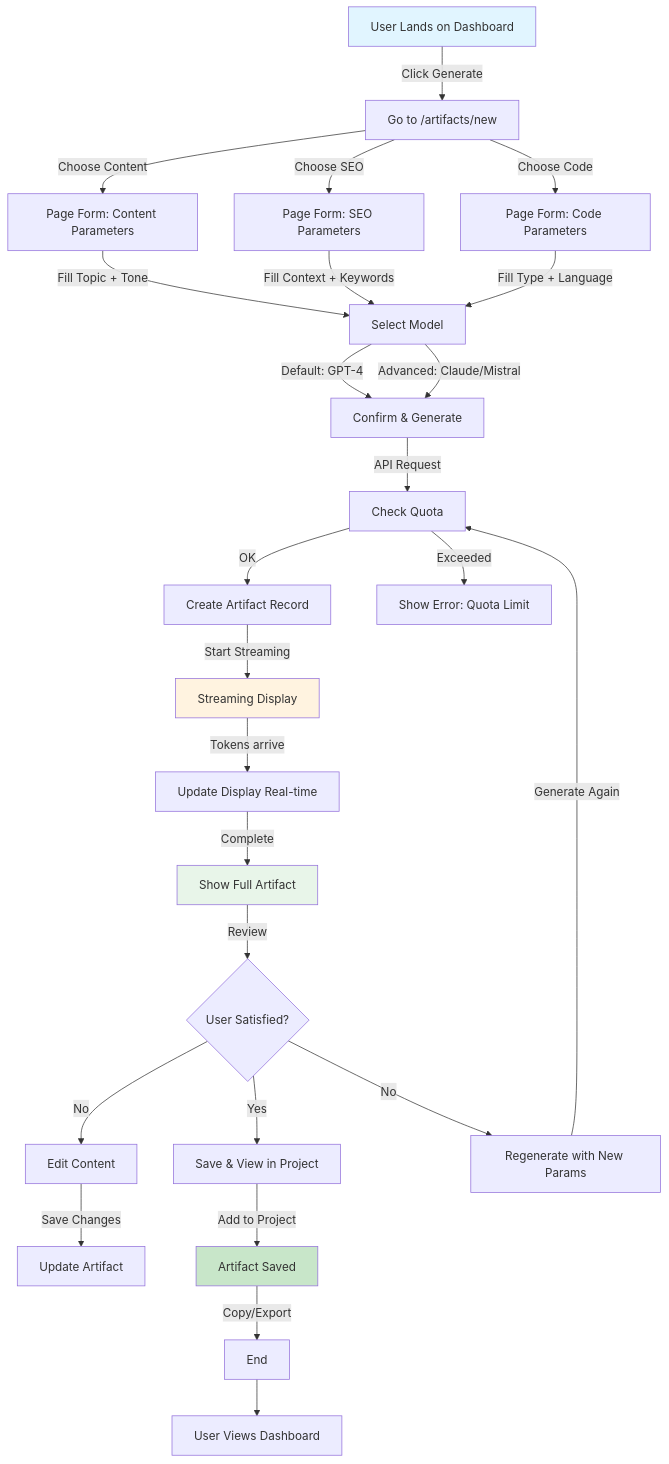
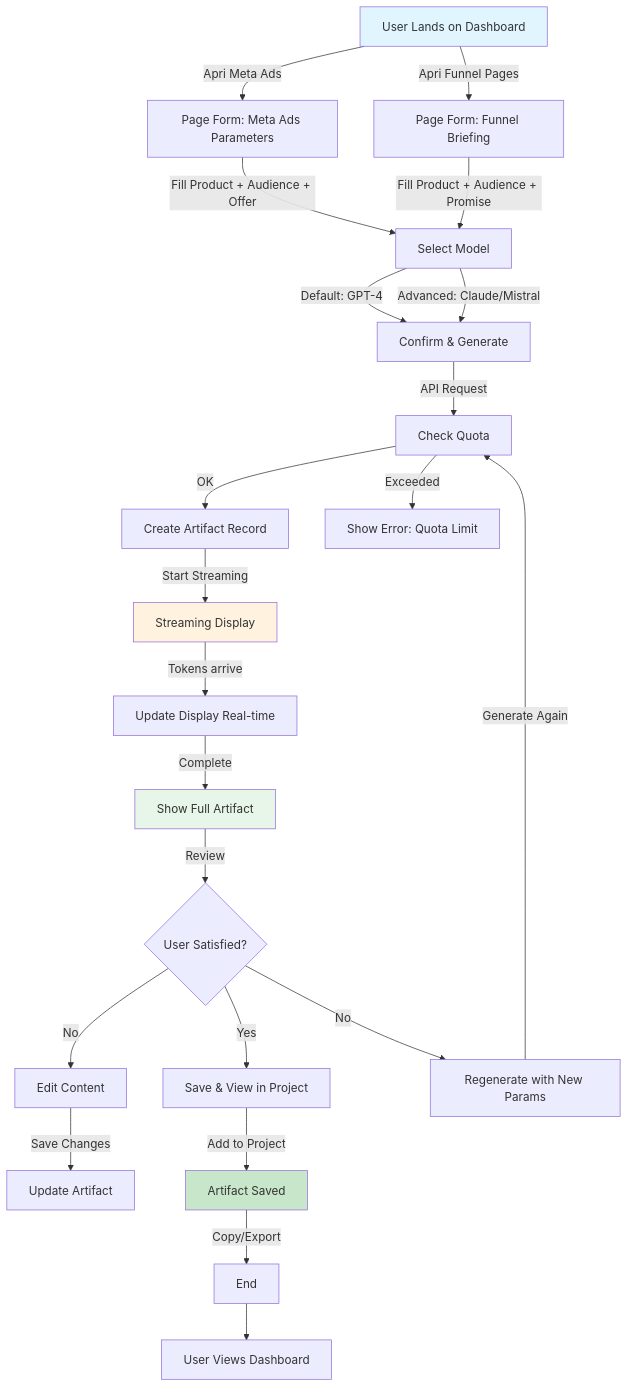
Before and after one commit to federicogerardi/gen-app: the fourth of 12 diagrams in docs/architecture-diagrams.md, drawn with Mermaid. The commit also changed other lines of this file and 6 other files, not shown here.

Commit message:
docs: allinea documentazione a tool modulari e prompt architecture

````diff
--- a/docs/architecture-diagrams.md
+++ b/docs/architecture-diagrams.md
@@ -208,39 +210,36 @@
 ```mermaid
 graph TD
-    A["User Lands on Dashboard"] -->|Click Generate| B["Go to /artifacts/new"]
-    B -->|Choose Content| C["Page Form: Content Parameters"]
-    B -->|Choose SEO| D["Page Form: SEO Parameters"]
-    B -->|Choose Code| E["Page Form: Code Parameters"]
-    
-    C -->|Fill Topic + Tone| F["Select Model"]
-    D -->|Fill Context + Keywords| F
-    E -->|Fill Type + Language| F
+    A["User Lands on Dashboard"] -->|Apri Meta Ads| C["Page Form: Meta Ads Parameters"]
+    A -->|Apri Funnel Pages| D["Page Form: Funnel Briefing"]
+
+    C -->|Fill Product + Audience + Offer| F["Select Model"]
+    D -->|Fill Product + Audience + Promise| F
     
     F -->|Default: GPT-4| G["Confirm & Generate"]
     F -->|Advanced: Claude/Mistral| G
     
     G -->|API Request| H["Check Quota"]
     H -->|OK| I["Create Artifact Record"]
     H -->|Exceeded| J["Show Error: Quota Limit"]
     
     I -->|Start Streaming| K["Streaming Display"]
     K -->|Tokens arrive| L["Update Display Real-time"]
     L -->|Complete| M["Show Full Artifact"]
     
     M -->|Review| N{User Satisfied?}
     N -->|Yes| O["Save & View in Project"]
     N -->|No| P["Edit Content"]
     N -->|No| Q["Regenerate with New Params"]
     
     P -->|Save Changes| R["Update Artifact"]
     Q -->|Generate Again| H
     
     O -->|Add to Project| S["Artifact Saved"]
     S -->|Copy/Export| T["End"]
     T --> U["User Views Dashboard"]
 
     style A fill:#e1f5ff
     style K fill:#fff3e0
     style M fill:#e8f5e9
     style S fill:#c8e6c9
 ```
````
